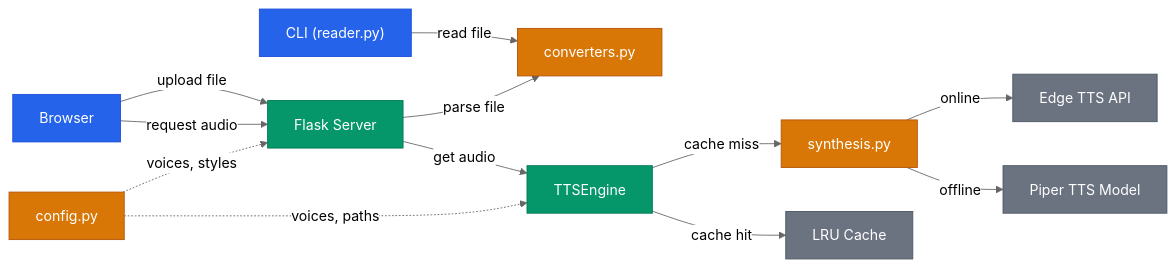
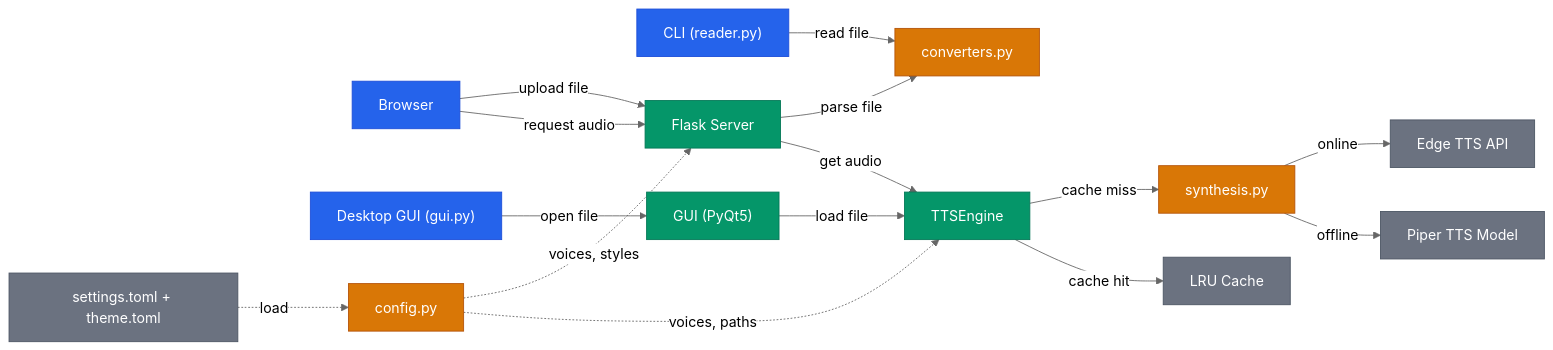
The diagram in README.md (Askoth/text-to-speech), drawn with Mermaid before and after one commit. The commit also changed other lines of this file and 1 other file, not shown here.

Commit message:
T10: Docs — README GUI section, config files, theme contract, validate; ARCHITECTURE GUI entry point

````diff
--- a/README.md
+++ b/README.md
@@ -211,37 +259,42 @@
 ```mermaid
 %%{init: {'theme': 'neutral'}}%%
 graph LR
     browser["Browser"]
+    gui["Desktop GUI (gui.py)"]
     cli["CLI (reader.py)"]
     flask["Flask Server"]
+    gui_app["GUI (PyQt5)"]
     tts_engine["TTSEngine"]
     conv["converters.py"]
     synth["synthesis.py"]
     edge_api["Edge TTS API"]
     piper_model["Piper TTS Model"]
     lru_cache["LRU Cache"]
     cfg["config.py"]
+    files["settings.toml + theme.toml"]
 
     browser -->|upload file| flask
     browser -->|request audio| flask
+    gui -->|open file| gui_app
+    gui_app -->|load file| tts_engine
     cli -->|read file| conv
     flask -->|parse file| conv
     flask -->|get audio| tts_engine
     tts_engine -->|cache miss| synth
     tts_engine -->|cache hit| lru_cache
     synth -->|online| edge_api
     synth -->|offline| piper_model
     cfg -.->|voices, styles| flask
     cfg -.->|voices, paths| tts_engine
+    files -.->|load| cfg
 
     classDef core fill:#2563eb,stroke:#1d4ed8,color:#fff
     classDef data fill:#d97706,stroke:#b45309,color:#fff
     classDef ext fill:#6b7280,stroke:#4b5563,color:#fff
     classDef engine_cls fill:#059669,stroke:#047857,color:#fff
 
-    class browser,cli core
-    class flask,tts_engine engine_cls
+    class browser,gui,cli core
+    class flask,tts_engine,gui_app engine_cls
     class conv,synth,cfg data
-    class edge_api,piper_model ext
-    class lru_cache ext
+    class edge_api,piper_model,lru_cache,files ext
 ```
````
